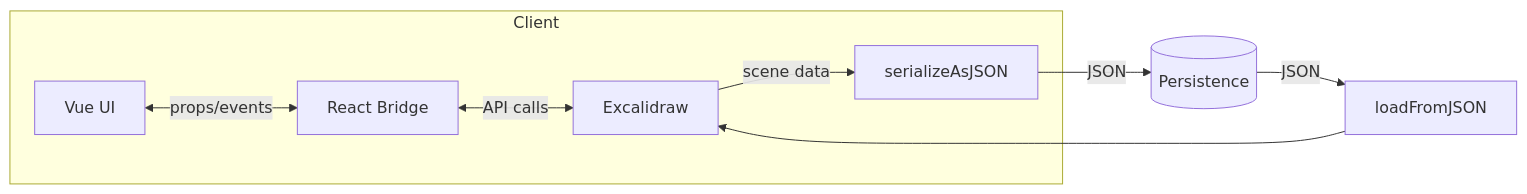
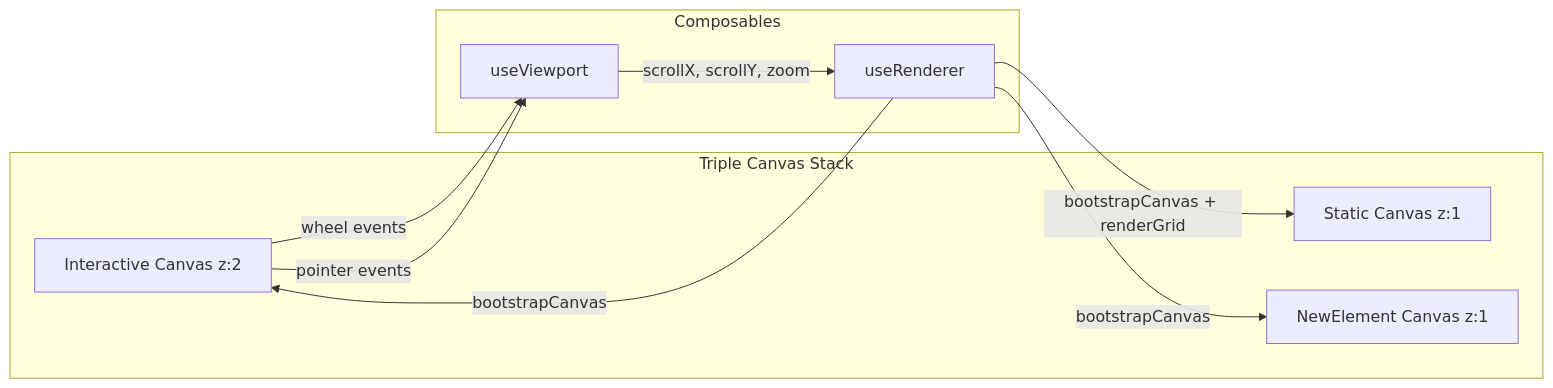
The second of 5 diagrams in docs/SYSTEM_KNOWLEDGE_MAP.md (alexanderop/excalidrawNuxt), drawn with Mermaid before and after one commit. The commit also changed other lines of this file and 285 other files, not shown here.

````diff
--- a/docs/SYSTEM_KNOWLEDGE_MAP.md
+++ b/docs/SYSTEM_KNOWLEDGE_MAP.md
@@ -39,12 +29,20 @@
 ```mermaid
 flowchart LR
-    subgraph Client
-        UI[Vue UI] <-->|props/events| Bridge[React Bridge]
-        Bridge <-->|API calls| Excalidraw
-        Excalidraw -->|scene data| Serialize[serializeAsJSON]
+    subgraph "Triple Canvas Stack"
+        SC[Static Canvas z:1]
+        NC[NewElement Canvas z:1]
+        IC[Interactive Canvas z:2]
     end
 
-    Serialize -->|JSON| Storage[(Persistence)]
-    Storage -->|JSON| Deserialize[loadFromJSON]
-    Deserialize --> Excalidraw
+    subgraph "Composables"
+        VP[useViewport]
+        RD[useRenderer]
+    end
+
+    VP -->|scrollX, scrollY, zoom| RD
+    RD -->|bootstrapCanvas + renderGrid| SC
+    RD -->|bootstrapCanvas| NC
+    RD -->|bootstrapCanvas| IC
+    IC -->|wheel events| VP
+    IC -->|pointer events| VP
 ```
````
